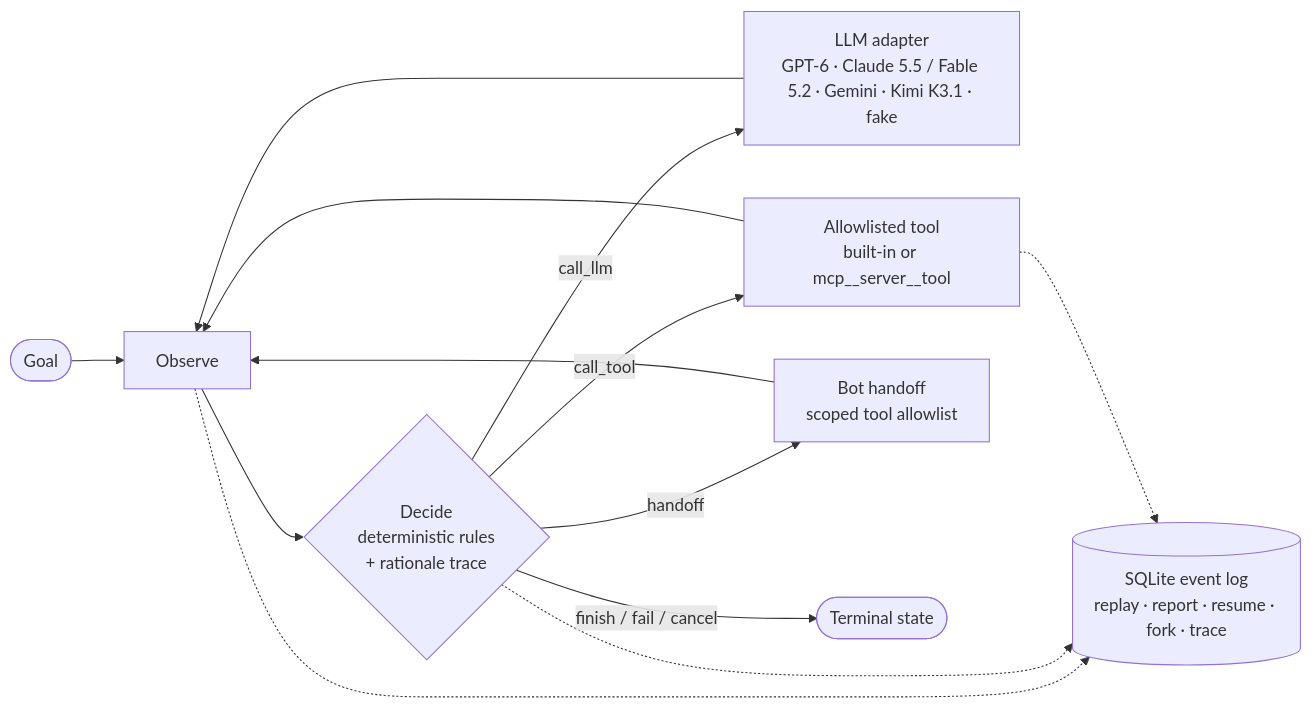
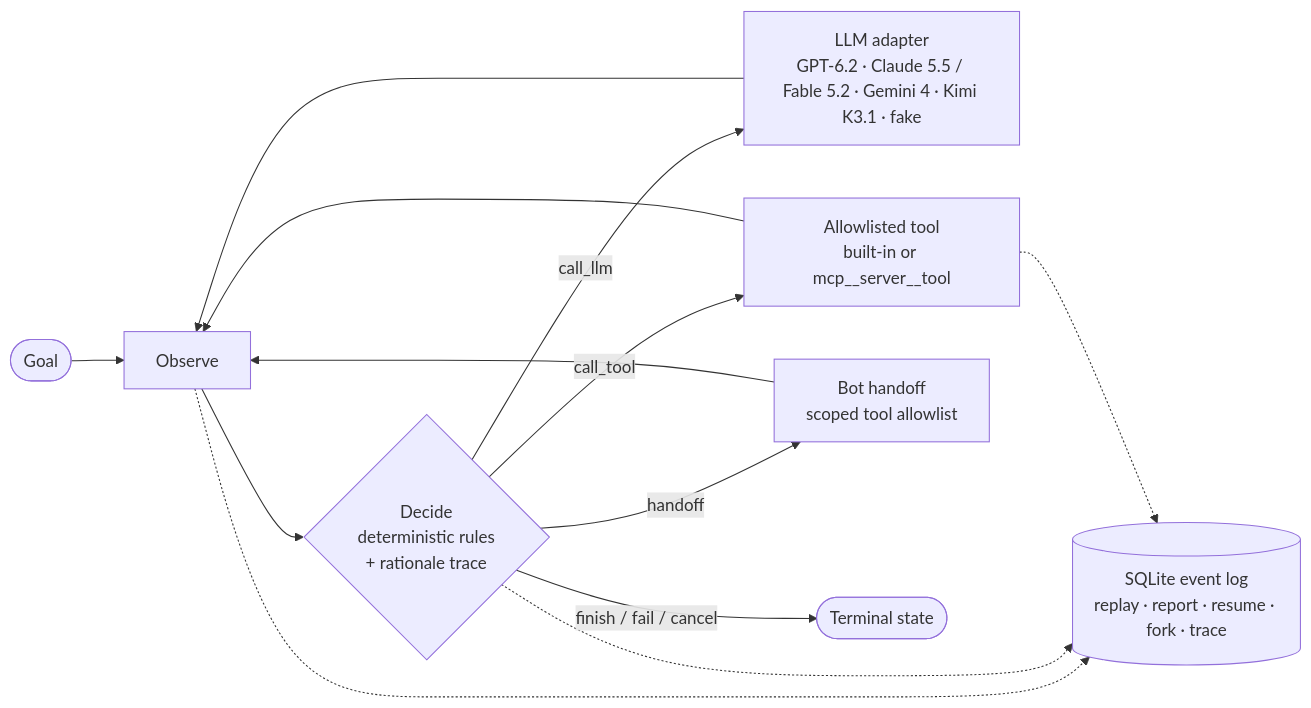
The diagram in data/readmes/Francis1998__multi-bot-agentic.md (zqf20096327/dbhub_collect), drawn with Mermaid before and after one commit. The commit also changed other lines of this file and 900 other files, not shown here.

````diff
--- a/data/readmes/Francis1998__multi-bot-agentic.md
+++ b/data/readmes/Francis1998__multi-bot-agentic.md
@@ -37,15 +37,15 @@
 ```mermaid
 flowchart LR
     goal([Goal]) --> observe[Observe]
     observe --> decide{"Decide<br/>deterministic rules<br/>+ rationale trace"}
-    decide -->|call_llm| llm["LLM adapter<br/>GPT-6 · Claude 5.5 / Fable 5.2 · Gemini · Kimi K3.1 · fake"]
+    decide -->|call_llm| llm["LLM adapter<br/>GPT-6.2 · Claude 5.5 / Fable 5.2 · Gemini 4 · Kimi K3.1 · fake"]
     decide -->|call_tool| tool["Allowlisted tool<br/>built-in or mcp__server__tool"]
     decide -->|handoff| bot["Bot handoff<br/>scoped tool allowlist"]
     decide -->|finish / fail / cancel| done([Terminal state])
     llm --> observe
     tool --> observe
     bot --> observe
     observe -.-> log[("SQLite event log<br/>replay · report · resume · fork · trace")]
     decide -.-> log
     tool -.-> log
 ```
````
